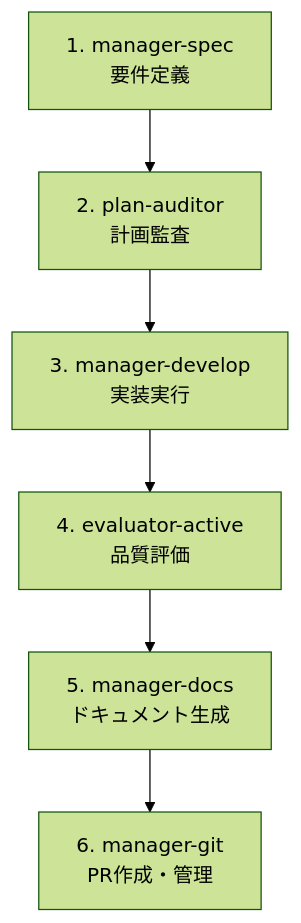
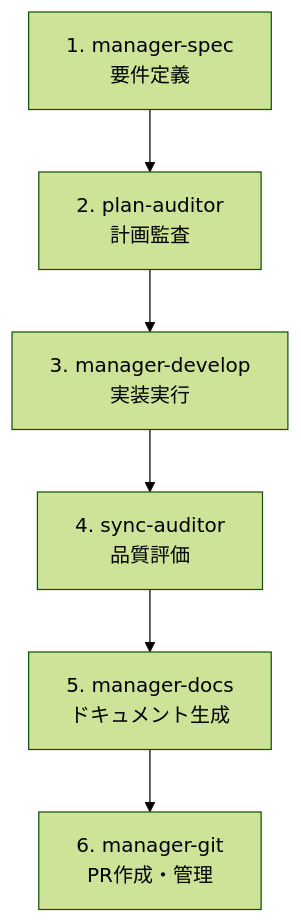
One commit to modu-ai/moai-adk changed the fourth of 4 diagrams in docs-site/content/ja/advanced/agent-guide.md. Above: the diagram before and after it, drawn with Mermaid (forest theme). The commit also changed other lines of this file and 149 other files, not shown here.

First line of the commit message:
chore(agents): evaluator-active를 sync-auditor로 rename (plan-auditor phase 대칭)

````diff
--- a/docs-site/content/ja/advanced/agent-guide.md
+++ b/docs-site/content/ja/advanced/agent-guide.md
@@ -256,8 +256,8 @@
 ```mermaid
 flowchart TD
     A["1. manager-spec<br/>要件定義"] --> B["2. plan-auditor<br/>計画監査"]
     B --> C["3. manager-develop<br/>実装実行"]
-    C --> D["4. evaluator-active<br/>品質評価"]
+    C --> D["4. sync-auditor<br/>品質評価"]
     D --> E["5. manager-docs<br/>ドキュメント生成"]
     E --> F["6. manager-git<br/>PR作成・管理"]
 ```
````
